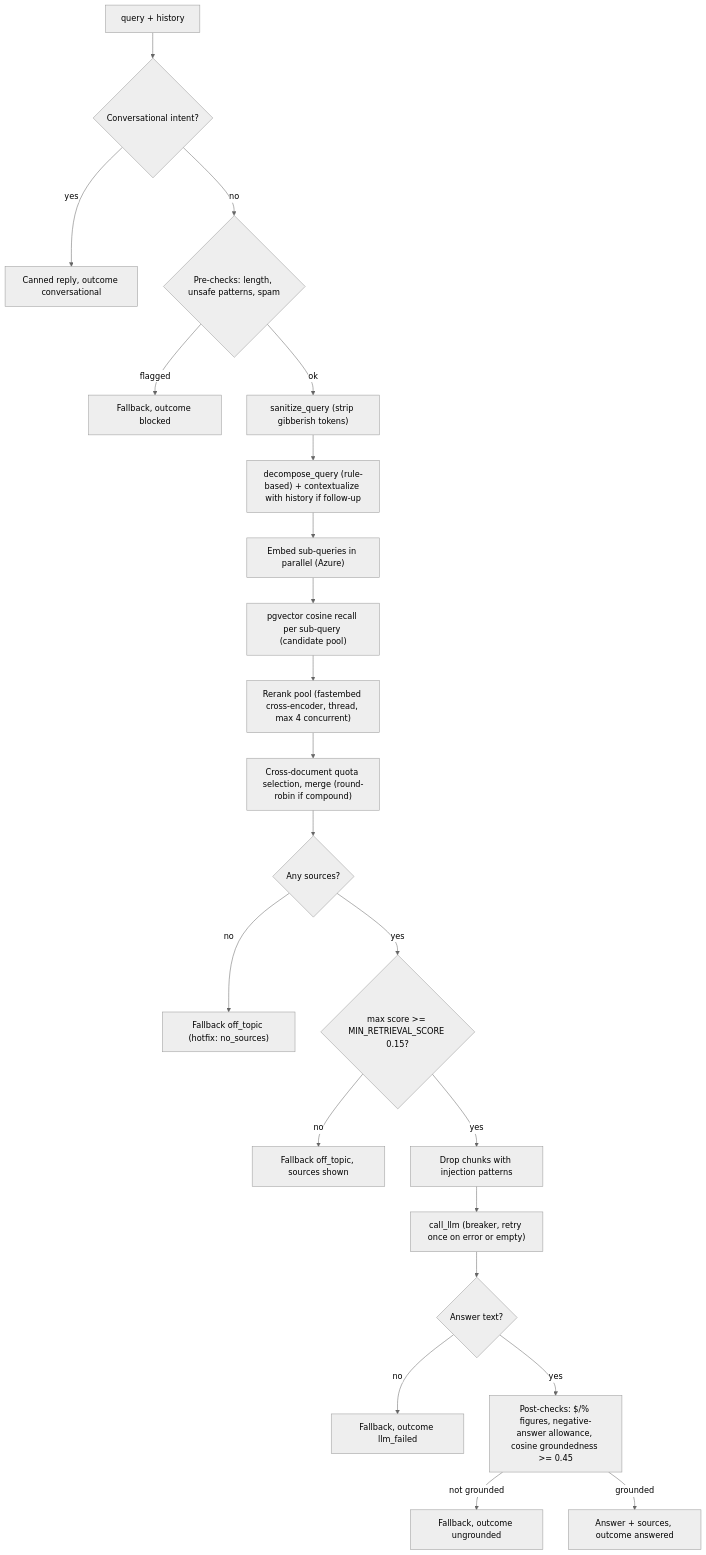
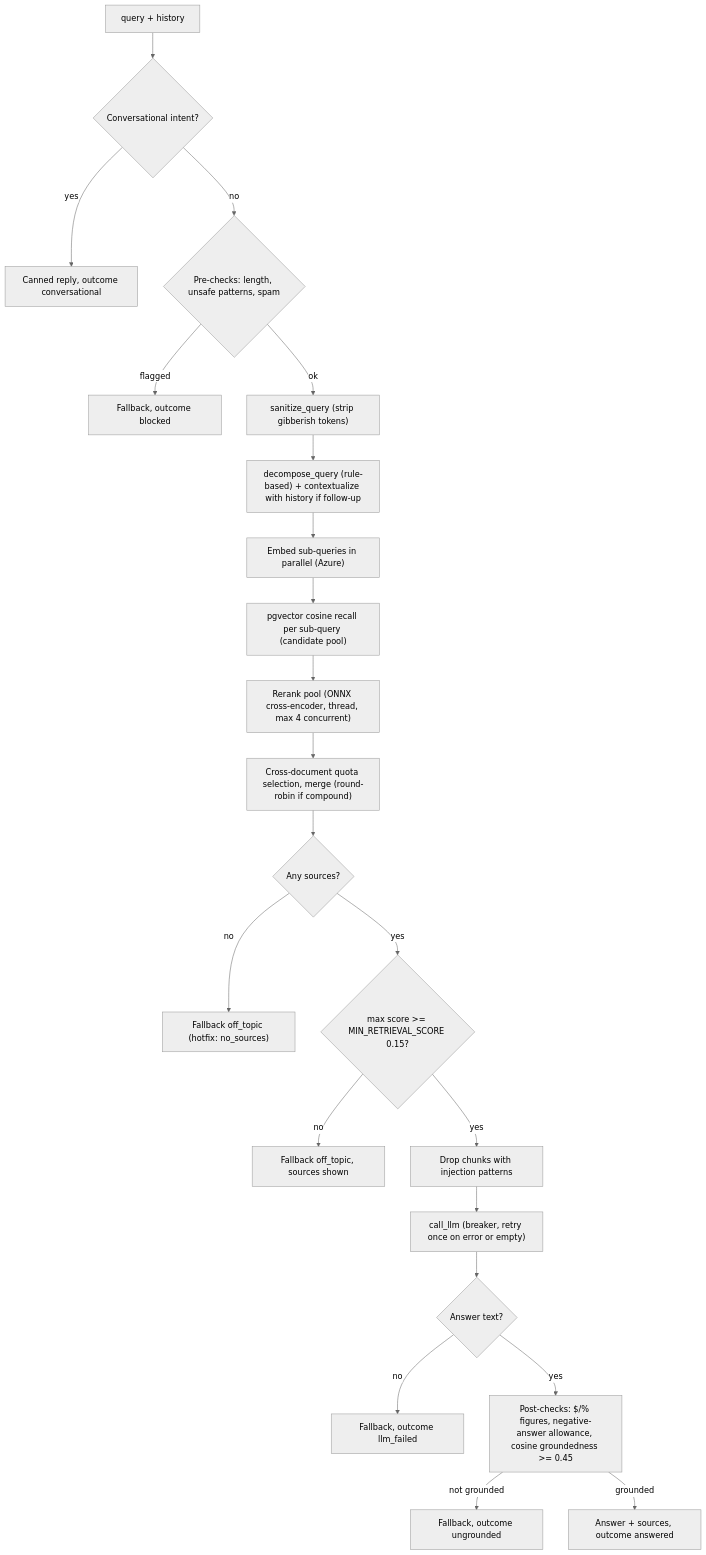
The fourth of 9 diagrams in docs/technical/02-architecture.md (Exigotech-TSP-India-Pvt-Ltf/askdiq), drawn with Mermaid (neutral theme) before and after one commit. The commit also changed other lines of this file and 6 other files, not shown here.

Commit message:
refactor: replace fastembed with ONNX cross-encoder in documentation and requirements

````diff
--- a/docs/technical/02-architecture.md
+++ b/docs/technical/02-architecture.md
@@ -180,24 +180,24 @@
 ```mermaid
 flowchart TD
     start["query + history"] --> conv{"Conversational intent?"}
     conv -->|yes| convr["Canned reply, outcome conversational"]
     conv -->|no| pre{"Pre-checks: length, unsafe patterns, spam"}
     pre -->|flagged| blk["Fallback, outcome blocked"]
     pre -->|ok| san["sanitize_query (strip gibberish tokens)"]
     san --> dec["decompose_query (rule-based) + contextualize with history if follow-up"]
     dec --> emb["Embed sub-queries in parallel (Azure)"]
     emb --> rec["pgvector cosine recall per sub-query (candidate pool)"]
-    rec --> rr["Rerank pool (fastembed cross-encoder, thread, max 4 concurrent)"]
+    rec --> rr["Rerank pool (ONNX cross-encoder, thread, max 4 concurrent)"]
     rr --> sel["Cross-document quota selection, merge (round-robin if compound)"]
     sel --> empty{"Any sources?"}
     empty -->|no| ot["Fallback off_topic (hotfix: no_sources)"]
     empty -->|yes| score{"max score >= MIN_RETRIEVAL_SCORE 0.15?"}
     score -->|no| ot2["Fallback off_topic, sources shown"]
     score -->|yes| inj["Drop chunks with injection patterns"]
     inj --> llm["call_llm (breaker, retry once on error or empty)"]
     llm --> fail{"Answer text?"}
     fail -->|no| lf["Fallback, outcome llm_failed"]
     fail -->|yes| post["Post-checks: $/% figures, negative-answer allowance, cosine groundedness >= 0.45"]
     post -->|not grounded| ug["Fallback, outcome ungrounded"]
     post -->|grounded| ok["Answer + sources, outcome answered"]
 ```
````
